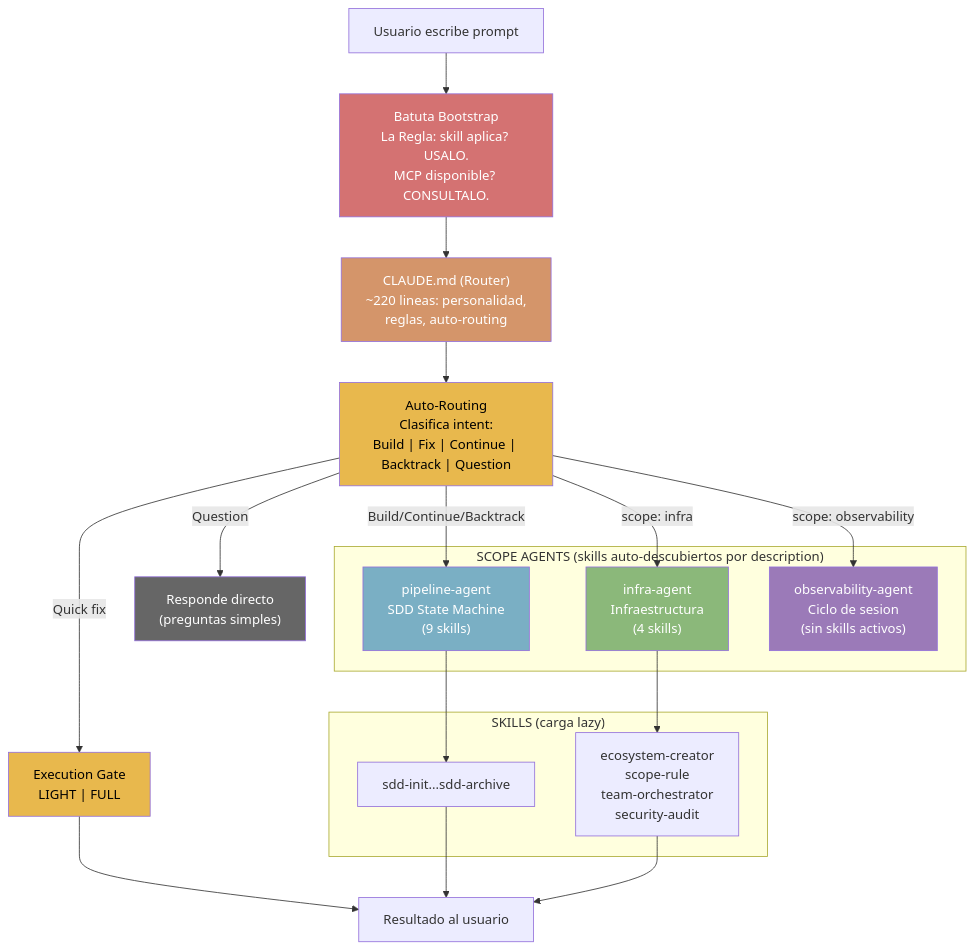
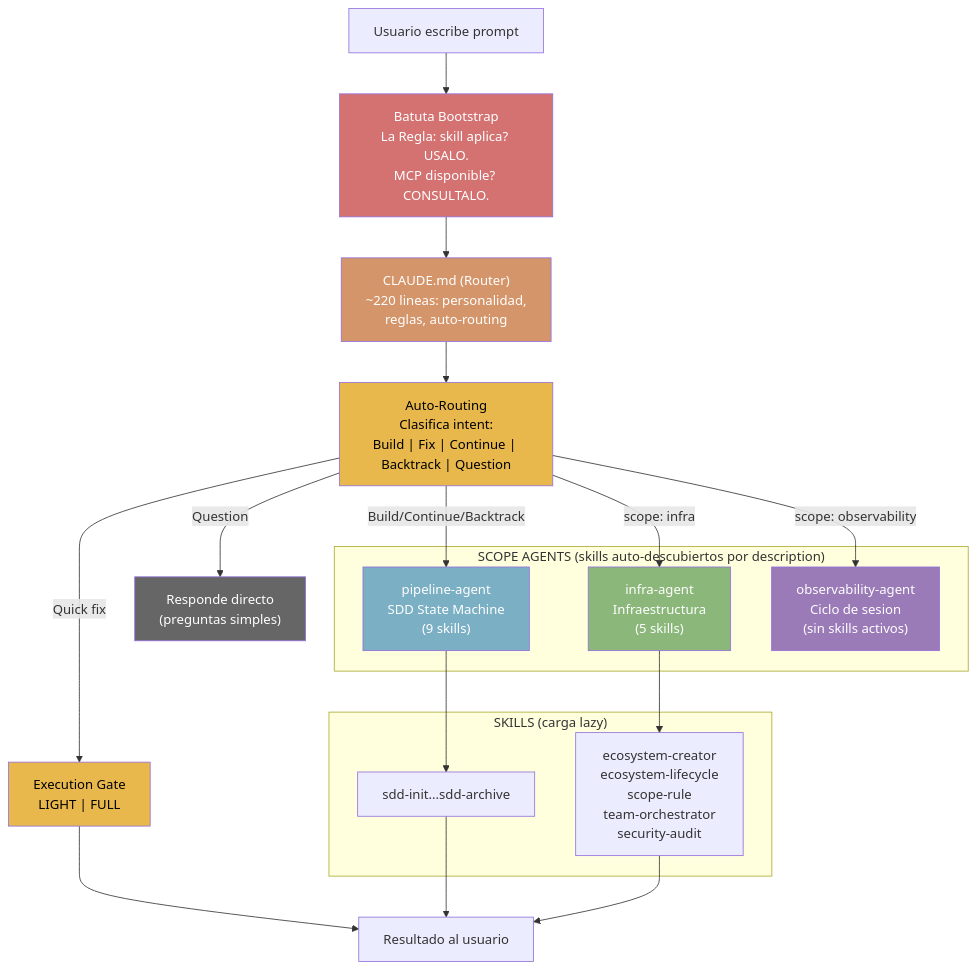
Before and after one commit to jota-batuta/batuta-dots: the second of 23 diagrams in docs/architecture/arquitectura-diagrama.md, drawn with Mermaid. The commit also changed other lines of this file and 56 other files, not shown here.

First line of the commit message:
feat(skills): expand ecosystem to 33 skills, 5 MCPs, agentskills.io (v12.2)

````diff
--- a/docs/architecture/arquitectura-diagrama.md
+++ b/docs/architecture/arquitectura-diagrama.md
@@ -56,42 +56,42 @@
 ```mermaid
 flowchart TD
     USER["Usuario escribe prompt"]
     BOOTSTRAP["Batuta Bootstrap<br/>La Regla: skill aplica? USALO.<br/>MCP disponible? CONSULTALO."]
     AUTOROUTE["Auto-Routing<br/>Clasifica intent:<br/>Build | Fix | Continue | Backtrack | Question"]
     ROUTER["CLAUDE.md (Router)<br/>~220 lineas: personalidad,<br/>reglas, auto-routing"]
 
     subgraph AGENTS["SCOPE AGENTS (skills auto-descubiertos por description)"]
         PIPELINE["pipeline-agent<br/>SDD State Machine<br/>(9 skills)"]
-        INFRA["infra-agent<br/>Infraestructura<br/>(4 skills)"]
+        INFRA["infra-agent<br/>Infraestructura<br/>(5 skills)"]
         OBS["observability-agent<br/>Ciclo de sesion<br/>(sin skills activos)"]
     end
 
     subgraph SKILLS["SKILLS (carga lazy)"]
         SDD["sdd-init...sdd-archive"]
-        ECO["ecosystem-creator<br/>scope-rule<br/>team-orchestrator<br/>security-audit"]
+        ECO["ecosystem-creator<br/>ecosystem-lifecycle<br/>scope-rule<br/>team-orchestrator<br/>security-audit"]
     end
 
     RESULT["Resultado al usuario"]
     DIRECT["Responde directo<br/>(preguntas simples)"]
     GATE["Execution Gate<br/>LIGHT | FULL"]
 
     USER --> BOOTSTRAP --> ROUTER --> AUTOROUTE
     AUTOROUTE -->|"Build/Continue/Backtrack"| PIPELINE
     AUTOROUTE -->|"scope: infra"| INFRA
     AUTOROUTE -->|"scope: observability"| OBS
     AUTOROUTE -->|"Question"| DIRECT
     AUTOROUTE -->|"Quick fix"| GATE --> RESULT
     PIPELINE --> SDD
     INFRA --> ECO
     SDD --> RESULT
     ECO --> RESULT
 
     style ROUTER fill:#D4956A,color:#fff
     style BOOTSTRAP fill:#D47272,color:#fff
     style AUTOROUTE fill:#E8B84D,color:#000
     style PIPELINE fill:#7AAFC4,color:#fff
     style INFRA fill:#8BB87A,color:#fff
     style OBS fill:#9B7AB8,color:#fff
     style DIRECT fill:#666,color:#fff
     style GATE fill:#E8B84D,color:#000
 ```
````
